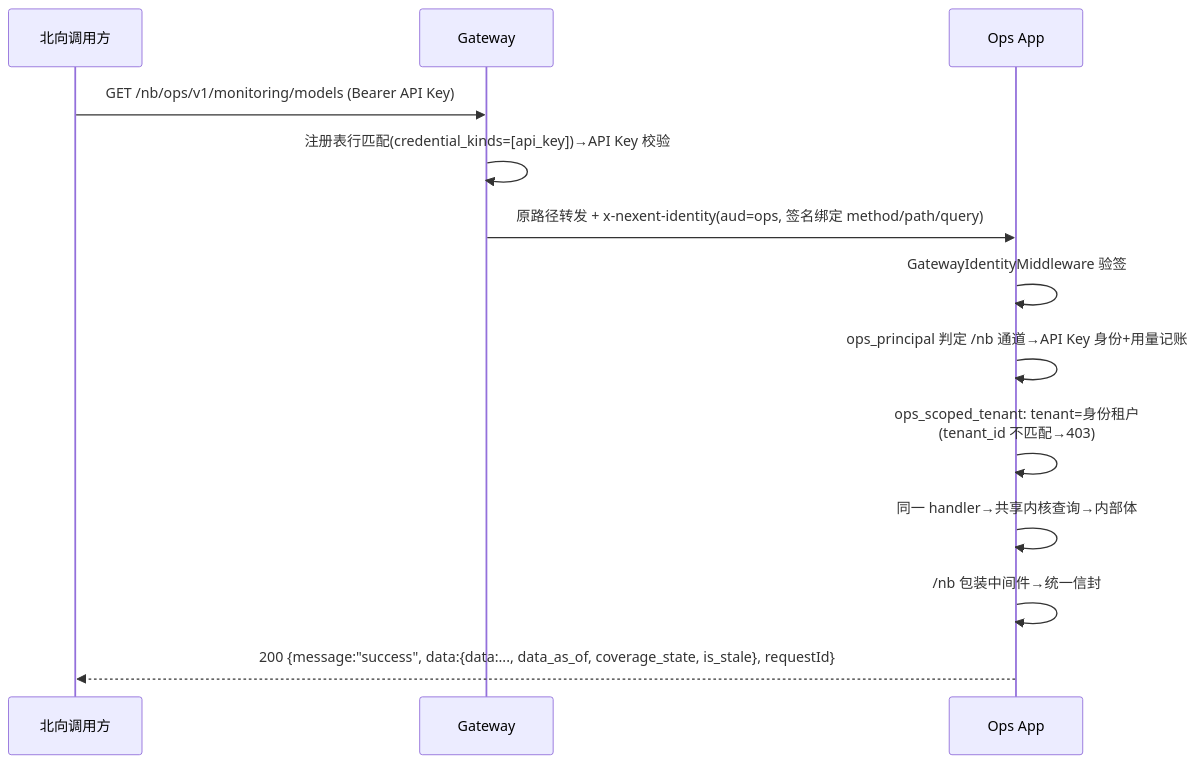
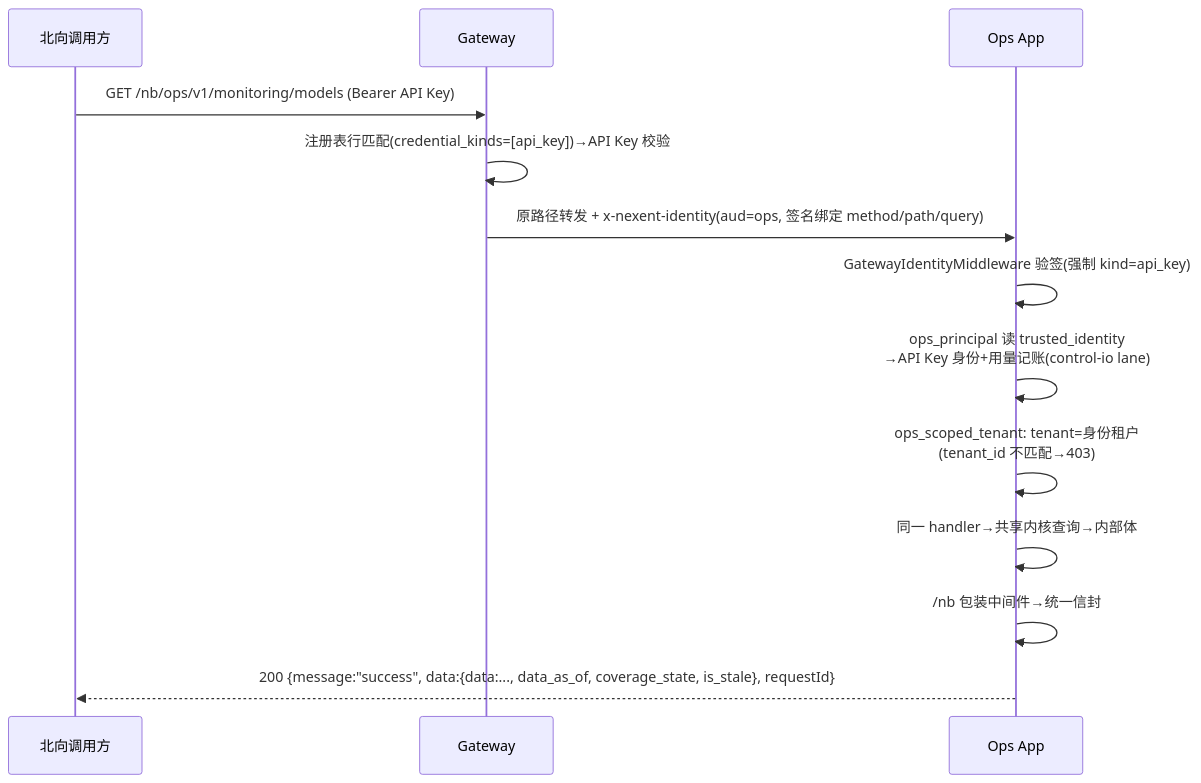
The second of 2 diagrams in docs/handoffs/2026-11-27-northbound-monitoring-reuse-design.md (ModelEngine-Group/nexent), drawn with Mermaid before and after one commit. The commit also changed other lines of this file and 11 other files, not shown here.

First line of the commit message:
refactor(ops): decouple the /nb lane from management entirely

````diff
--- a/docs/handoffs/2026-11-27-northbound-monitoring-reuse-design.md
+++ b/docs/handoffs/2026-11-27-northbound-monitoring-reuse-design.md
@@ -91,15 +111,15 @@
 ```mermaid
 sequenceDiagram
     participant P as 北向调用方
     participant GW as Gateway
     participant OPS as Ops App
     P->>GW: GET /nb/ops/v1/monitoring/models (Bearer API Key)
     GW->>GW: 注册表行匹配(credential_kinds=[api_key])→API Key 校验
     GW->>OPS: 原路径转发 + x-nexent-identity(aud=ops, 签名绑定 method/path/query)
-    OPS->>OPS: GatewayIdentityMiddleware 验签
-    OPS->>OPS: ops_principal 判定 /nb 通道→API Key 身份+用量记账
+    OPS->>OPS: GatewayIdentityMiddleware 验签(强制 kind=api_key)
+    OPS->>OPS: ops_principal 读 trusted_identity<br/>→API Key 身份+用量记账(control-io lane)
     OPS->>OPS: ops_scoped_tenant: tenant=身份租户<br/>(tenant_id 不匹配→403)
     OPS->>OPS: 同一 handler→共享内核查询→内部体
     OPS->>OPS: /nb 包装中间件→统一信封
     OPS-->>P: 200 {message:"success", data:{data:..., data_as_of, coverage_state, is_stale}, requestId}
 ```
````
